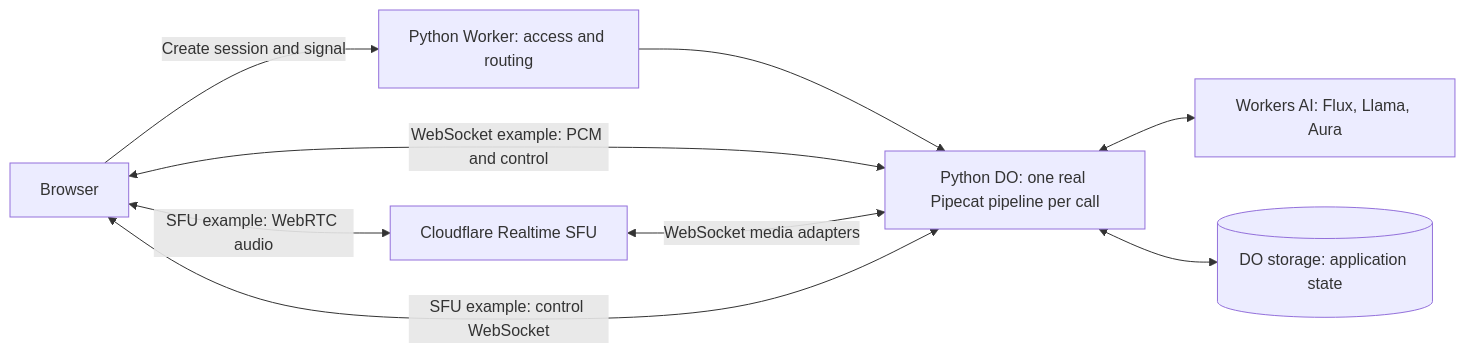
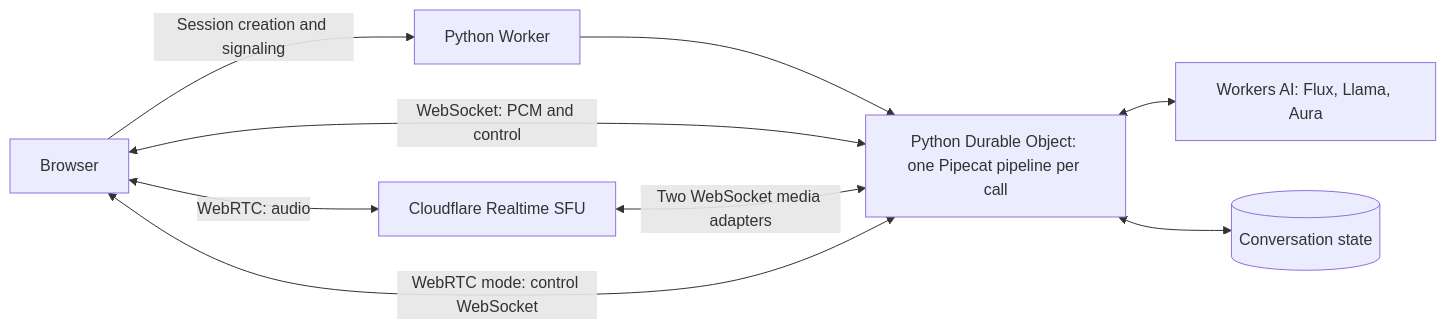
One commit to korinne/pipecat-on-workers changed the diagram in README.md. Above: the diagram before and after it, drawn with Mermaid. The commit also changed other lines of this file and 6 other files, not shown here.

Commit message:
docs: clarify setup and remaining Realtime SFU work

````diff
--- a/README.md
+++ b/README.md
@@ -31,17 +31,11 @@
 ```mermaid
 flowchart LR
-    B[Browser]
-    W[Python Worker: access and routing]
-    D[Python DO: one real Pipecat pipeline per call]
-    S[Cloudflare Realtime SFU]
-    A[Workers AI: Flux, Llama, Aura]
-    P[(DO storage: application state)]
-    B -->|Create session and signal| W
-    W --> D
-    B <-->|WebSocket example: PCM and control| D
-    B <-->|SFU example: WebRTC audio| S
-    S <-->|WebSocket media adapters| D
-    B <-->|SFU example: control WebSocket| D
-    D <--> A
-    D <--> P
+    B[Browser] -->|Session creation and signaling| W[Python Worker]
+    W --> D[Python Durable Object: one Pipecat pipeline per call]
+    B <-->|WebSocket: PCM and control| D
+    B <-->|WebRTC: audio| S[Cloudflare Realtime SFU]
+    S <-->|Two WebSocket media adapters| D
+    B <-->|WebRTC mode: control WebSocket| D
+    D <--> A[Workers AI: Flux, Llama, Aura]
+    D <--> P[(Conversation state)]
 ```
````
